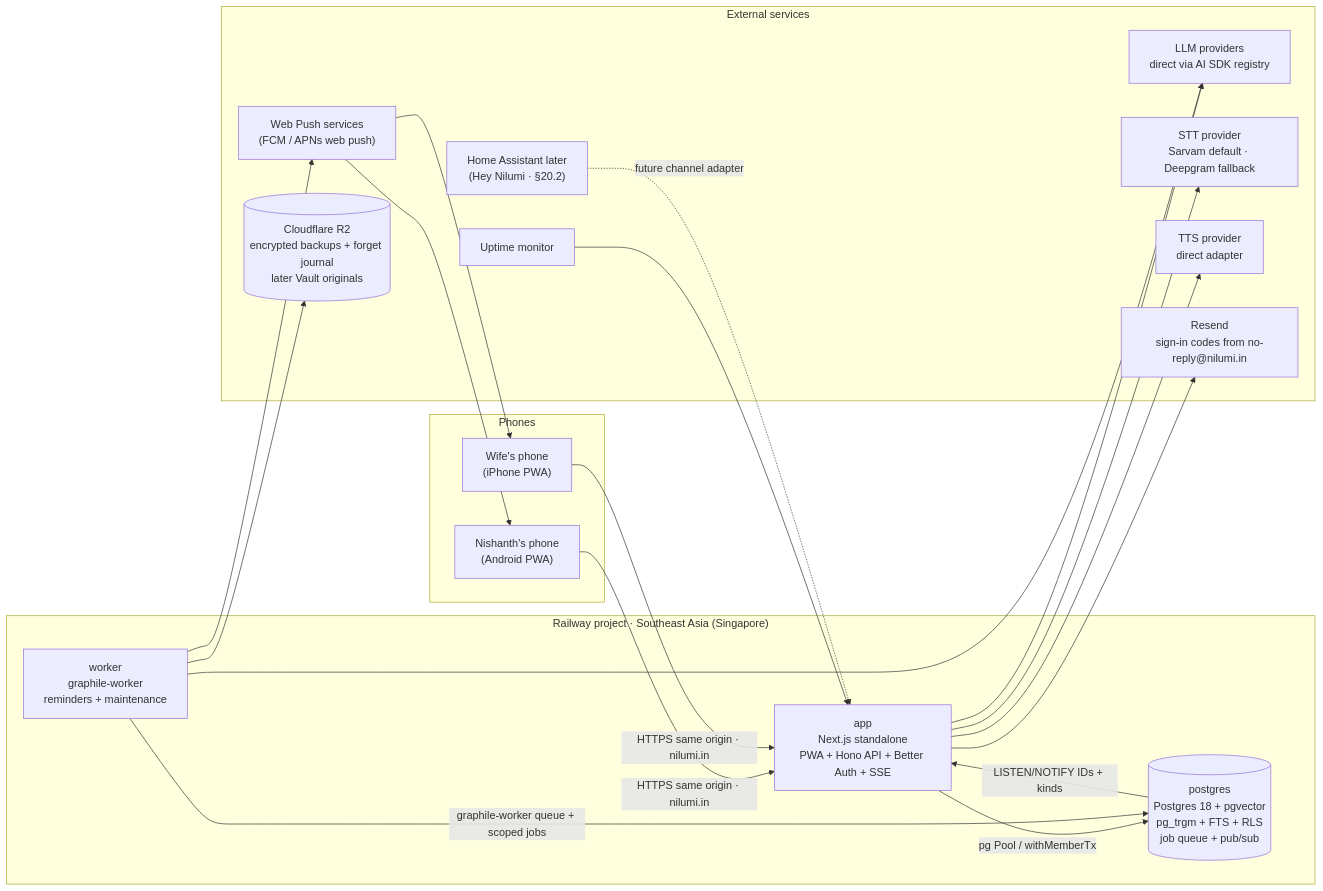
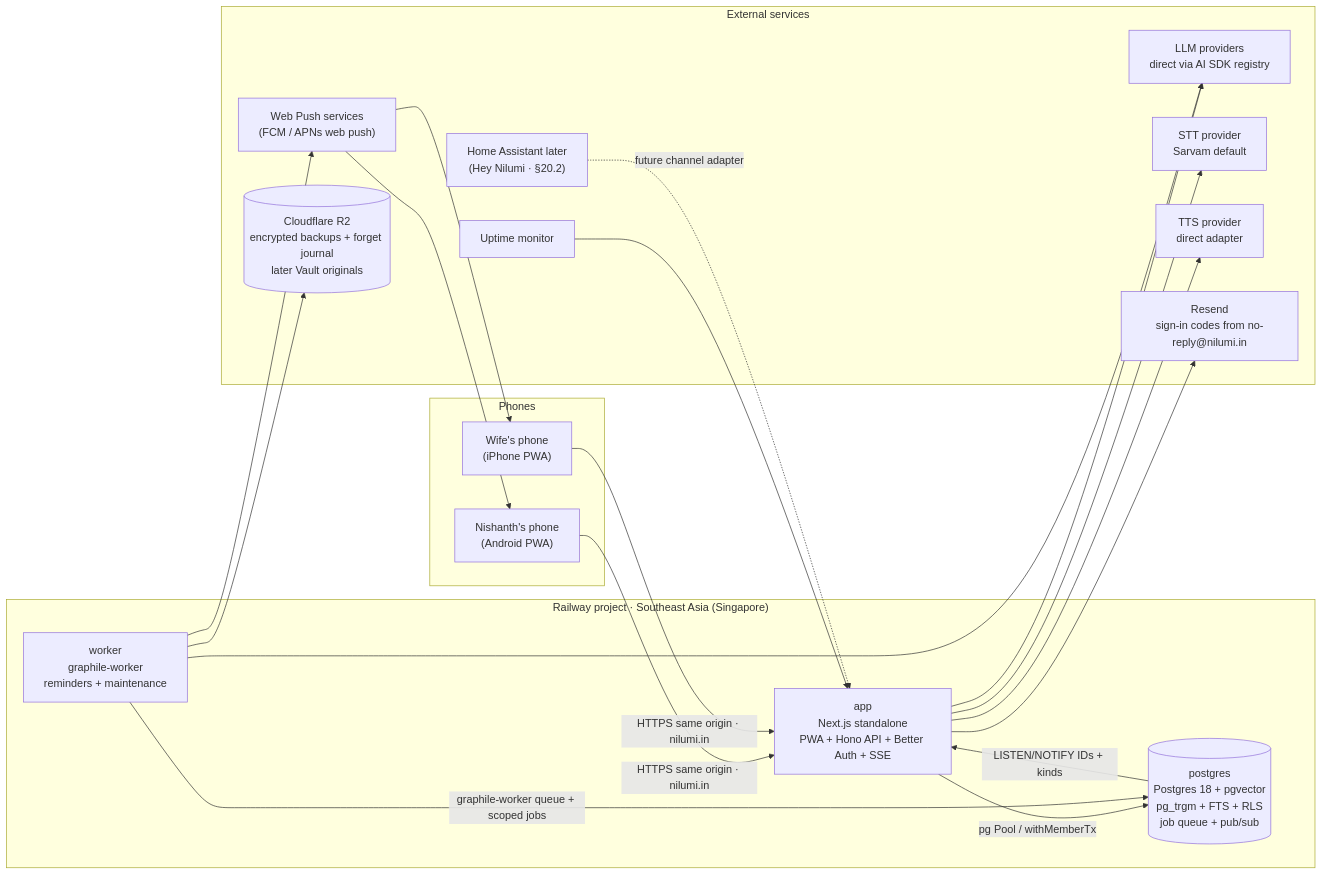
One commit to nishanthturnstile/nilumi changed the first of 3 diagrams in docs/02-architecture.md. Above: the diagram before and after it, drawn with Mermaid. The commit also changed other lines of this file and 7 other files, not shown here.

Commit message:
S0 complete: provider statuses green, ADR-038 AI Gateway, ElevenLabs fallback

````diff
--- a/docs/02-architecture.md
+++ b/docs/02-architecture.md
@@ -55,38 +55,38 @@
 ```mermaid
 flowchart LR
   subgraph Phones
     A["Nishanth's phone<br/>(Android PWA)"]
     B["Wife's phone<br/>(iPhone PWA)"]
   end
 
   subgraph Rail["Railway project · Southeast Asia (Singapore)"]
     APP["app<br/>Next.js standalone<br/>PWA + Hono API + Better Auth + SSE"]
     WORKER["worker<br/>graphile-worker<br/>reminders + maintenance"]
     PG[("postgres<br/>Postgres 18 + pgvector<br/>pg_trgm + FTS + RLS<br/>job queue + pub/sub")]
   end
 
   subgraph External["External services"]
     LLM["LLM providers<br/>direct via AI SDK registry"]
-    STT["STT provider<br/>Sarvam default · Deepgram fallback"]
+    STT["STT provider<br/>Sarvam default"]
     TTS["TTS provider<br/>direct adapter"]
     PUSH["Web Push services<br/>(FCM / APNs web push)"]
     R2[("Cloudflare R2<br/>encrypted backups + forget journal<br/>later Vault originals")]
     RESEND["Resend<br/>sign-in codes from no-reply@nilumi.in"]
     MON["Uptime monitor"]
     HA["Home Assistant later<br/>(Hey Nilumi · §20.2)"]
   end
 
   A & B -- "HTTPS same origin · nilumi.in" --> APP
   APP -- "pg Pool / withMemberTx" --> PG
   WORKER -- "graphile-worker queue + scoped jobs" --> PG
   PG -- "LISTEN/NOTIFY IDs + kinds" --> APP
   APP --> LLM
   APP --> STT
   APP --> TTS
   APP --> RESEND
   WORKER --> LLM
   WORKER --> PUSH --> A & B
   WORKER --> R2
   MON --> APP
   HA -. "future channel adapter" .-> APP
 ```
````
